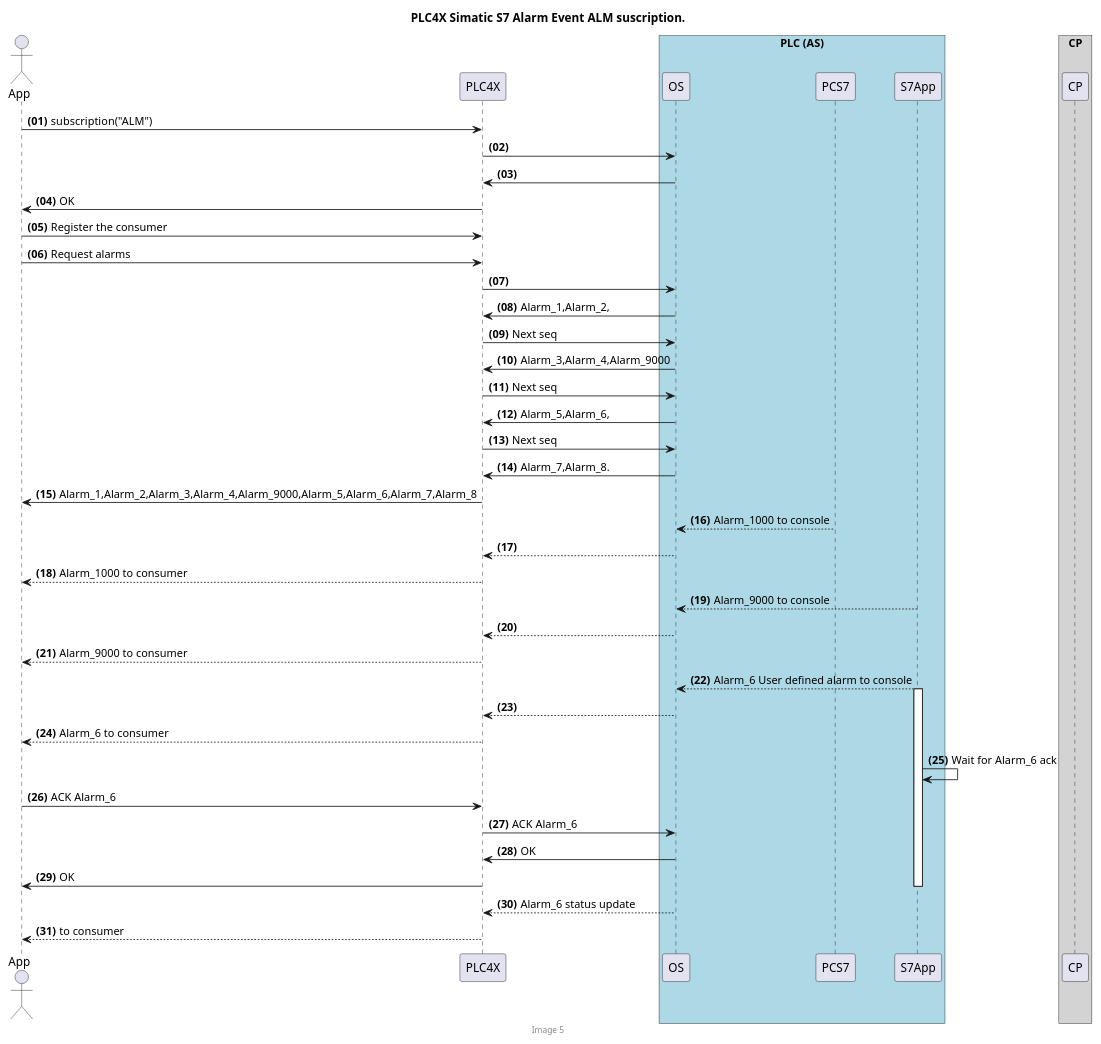
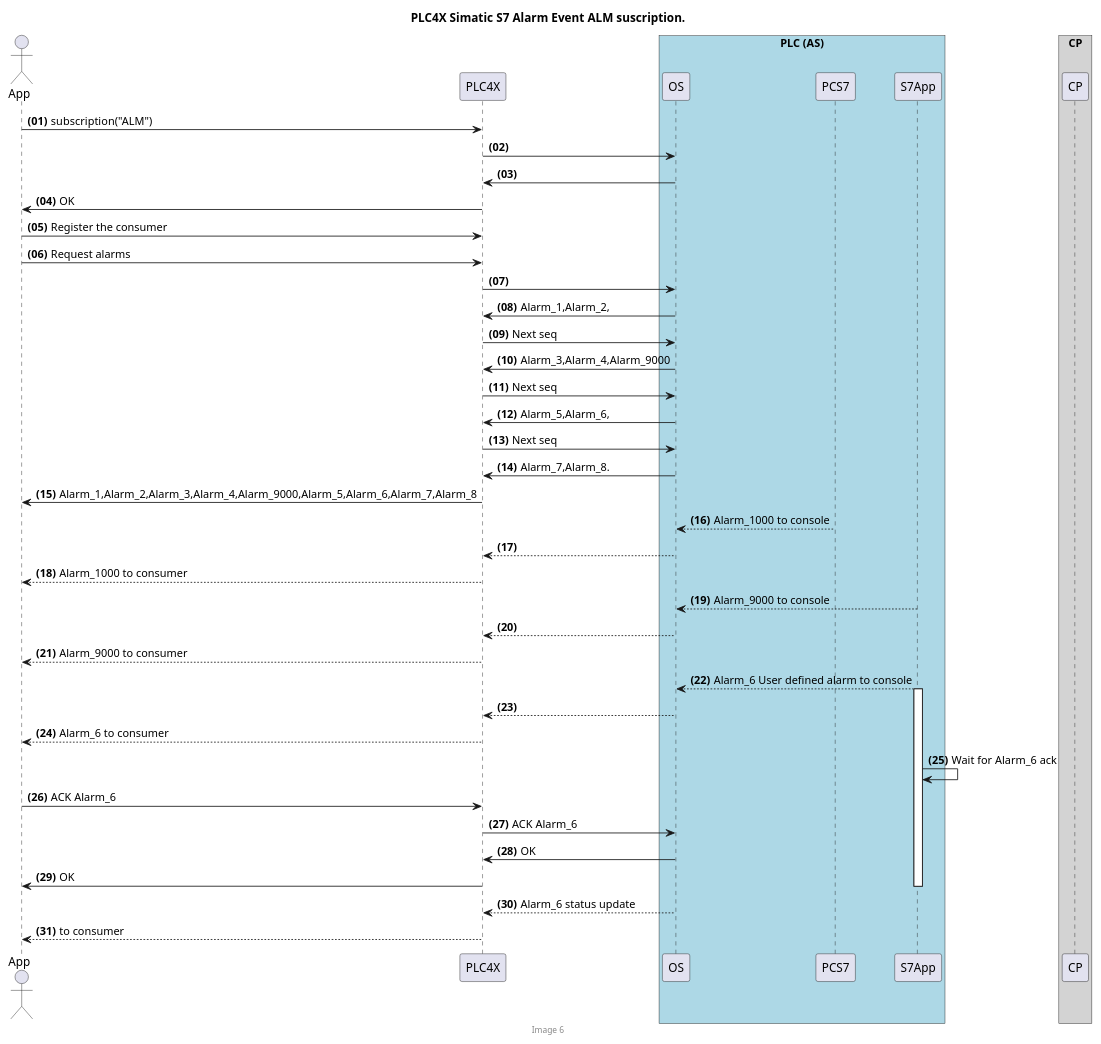
Before and after one commit to apache/plc4x: the sixth of 8 diagrams in src/site/asciidoc/users/protocols/s7.adoc, drawn with PlantUML. The commit also changed other lines of this file and 47 other files, not shown here.

```diff
--- a/src/site/asciidoc/users/protocols/s7.adoc
+++ b/src/site/asciidoc/users/protocols/s7.adoc
@@ -912,59 +923,59 @@
-[plantuml, target="image05", format=png, align="center"]
+[plantuml, target="../../image06", format=png, align="center"]
 ....
 autonumber "<b>(00)"
 title PLC4X Simatic S7 Alarm Event <b>ALM</b> suscription.
-footer Image 5
+footer Image 6
 
 actor App
 participant PLC4X
 box "PLC (AS)" #LightBlue
 participant OS
 participant PCS7
 participant S7App
 endbox
 
 box "CP" #LightGray
 participant CP
 endbox
 
 App -> PLC4X : subscription("ALM")
 PLC4X -> OS
 OS -> PLC4X
 PLC4X -> App : OK
 App -> PLC4X : Register the consumer
 
 App -> PLC4X : Request alarms
 PLC4X -> OS 
 OS -> PLC4X : Alarm_1,Alarm_2,
 PLC4X -> OS : Next seq   
 OS -> PLC4X : Alarm_3,Alarm_4,Alarm_9000  
 PLC4X -> OS : Next seq   
 OS -> PLC4X : Alarm_5,Alarm_6,
 PLC4X -> OS : Next seq
 OS -> PLC4X : Alarm_7,Alarm_8.
 
 PLC4X -> App : Alarm_1,Alarm_2,Alarm_3,Alarm_4,Alarm_9000,Alarm_5,Alarm_6,Alarm_7,Alarm_8
 PCS7 --> OS : Alarm_1000 to console 
 OS --> PLC4X
 PLC4X --> App : Alarm_1000 to consumer
 
 S7App --> OS : Alarm_9000 to console 
 OS --> PLC4X
 PLC4X --> App : Alarm_9000 to consumer
 
 S7App --> OS : Alarm_6 User defined alarm to console 
 activate S7App
 OS --> PLC4X
 PLC4X --> App : Alarm_6 to consumer
 
 S7App -> S7App : Wait for Alarm_6 ack
 
 App -> PLC4X : ACK Alarm_6
 PLC4X -> OS : ACK Alarm_6 
 OS -> PLC4X : OK
 PLC4X -> App : OK
 deactivate S7App
 OS --> PLC4X : Alarm_6 status update
 PLC4X --> App : to consumer
 
 ....
```
